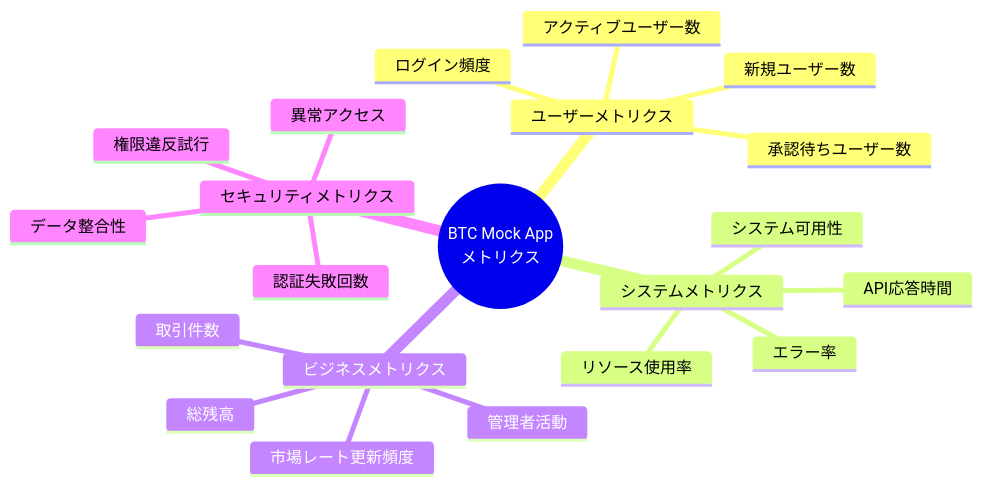
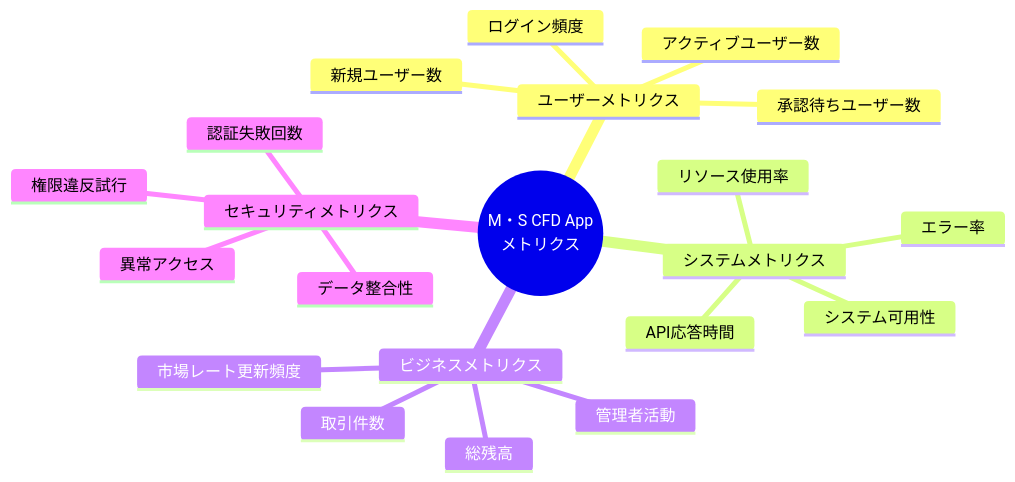
Diagram 13 of 13 in doc/specs/application_workflow.md (aws12310909-pixel/Futura-oss-fork), drawn with Mermaid before and after one commit. The commit also changed other lines of this file and 33 other files, not shown here.

````diff
--- a/doc/specs/application_workflow.md
+++ b/doc/specs/application_workflow.md
@@ -434,24 +434,24 @@
 ```mermaid
 mindmap
-  root((BTC Mock App<br/>メトリクス))
+  root((M・S CFD App<br/>メトリクス))
     ユーザーメトリクス
       アクティブユーザー数
       新規ユーザー数
       承認待ちユーザー数
       ログイン頻度
     システムメトリクス
       API応答時間
       エラー率
       システム可用性
       リソース使用率
     ビジネスメトリクス
       取引件数
       総残高
       市場レート更新頻度
       管理者活動
     セキュリティメトリクス
       認証失敗回数
       権限違反試行
       異常アクセス
       データ整合性
 ```
````
